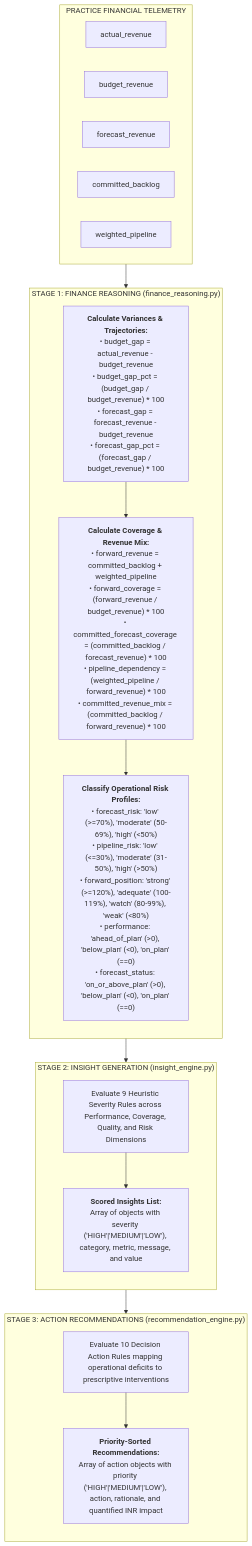
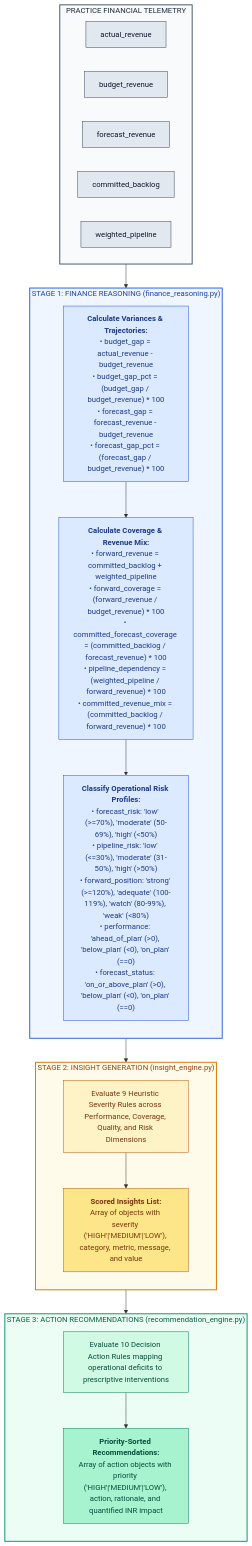
Before and after one commit to VED-VIVEK-TALMALEY/x-fin: the fifth of 7 diagrams in README.md, drawn with Mermaid. The commit also changed other lines of this file and 6 other files, not shown here.

````diff
--- a/README.md
+++ b/README.md
@@ -167,34 +240,55 @@
 ```mermaid
 flowchart TD
     subgraph Telemetry["PRACTICE FINANCIAL TELEMETRY"]
         D1["actual_revenue"]
         D2["budget_revenue"]
         D3["forecast_revenue"]
         D4["committed_backlog"]
         D5["weighted_pipeline"]
     end
 
     subgraph Stage1["STAGE 1: FINANCE REASONING (finance_reasoning.py)"]
         direction TB
         R1["<b>Calculate Variances & Trajectories:</b><br/>• budget_gap = actual_revenue - budget_revenue<br/>• budget_gap_pct = (budget_gap / budget_revenue) * 100<br/>• forecast_gap = forecast_revenue - budget_revenue<br/>• forecast_gap_pct = (forecast_gap / budget_revenue) * 100"]
         R2["<b>Calculate Coverage & Revenue Mix:</b><br/>• forward_revenue = committed_backlog + weighted_pipeline<br/>• forward_coverage = (forward_revenue / budget_revenue) * 100<br/>• committed_forecast_coverage = (committed_backlog / forecast_revenue) * 100<br/>• pipeline_dependency = (weighted_pipeline / forward_revenue) * 100<br/>• committed_revenue_mix = (committed_backlog / forward_revenue) * 100"]
         R3["<b>Classify Operational Risk Profiles:</b><br/>• forecast_risk: 'low' (>=70%), 'moderate' (50-69%), 'high' (<50%)<br/>• pipeline_risk: 'low' (<=30%), 'moderate' (31-50%), 'high' (>50%)<br/>• forward_position: 'strong' (>=120%), 'adequate' (100-119%), 'watch' (80-99%), 'weak' (<80%)<br/>• performance: 'ahead_of_plan' (>0), 'below_plan' (<0), 'on_plan' (==0)<br/>• forecast_status: 'on_or_above_plan' (>0), 'below_plan' (<0), 'on_plan' (==0)"]
         R1 --> R2 --> R3
     end
 
     subgraph Stage2["STAGE 2: INSIGHT GENERATION (insight_engine.py)"]
         direction TB
         I_MAP["Evaluate 9 Heuristic Severity Rules across Performance, Coverage, Quality, and Risk Dimensions"]
         I_RES["<b>Scored Insights List:</b><br/>Array of objects with severity ('HIGH'|'MEDIUM'|'LOW'), category, metric, message, and value"]
         I_MAP --> I_RES
     end
 
     subgraph Stage3["STAGE 3: ACTION RECOMMENDATIONS (recommendation_engine.py)"]
         direction TB
         REC_MAP["Evaluate 10 Decision Action Rules mapping operational deficits to prescriptive interventions"]
         REC_RES["<b>Priority-Sorted Recommendations:</b><br/>Array of action objects with priority ('HIGH'|'MEDIUM'|'LOW'), action, rationale, and quantified INR impact"]
         REC_MAP --> REC_RES
     end
 
     Telemetry --> Stage1 --> Stage2 --> Stage3
+
+    style Telemetry fill:#F8FAFC,stroke:#475569,stroke-width:2px,color:#1E293B
+    style Stage1 fill:#EFF6FF,stroke:#2563EB,stroke-width:2px,color:#1E40AF
+    style Stage2 fill:#FFFBEB,stroke:#D97706,stroke-width:2px,color:#92400E
+    style Stage3 fill:#ECFDF5,stroke:#059669,stroke-width:2px,color:#065F46
+
+    style D1 fill:#E2E8F0,stroke:#334155,stroke-width:1px,color:#0F172A
+    style D2 fill:#E2E8F0,stroke:#334155,stroke-width:1px,color:#0F172A
+    style D3 fill:#E2E8F0,stroke:#334155,stroke-width:1px,color:#0F172A
+    style D4 fill:#E2E8F0,stroke:#334155,stroke-width:1px,color:#0F172A
+    style D5 fill:#E2E8F0,stroke:#334155,stroke-width:1px,color:#0F172A
+
+    style R1 fill:#DBEAFE,stroke:#1D4ED8,stroke-width:1px,color:#1E3A8A
+    style R2 fill:#DBEAFE,stroke:#1D4ED8,stroke-width:1px,color:#1E3A8A
+    style R3 fill:#DBEAFE,stroke:#1D4ED8,stroke-width:1px,color:#1E3A8A
+
+    style I_MAP fill:#FEF3C7,stroke:#B45309,stroke-width:1px,color:#78350F
+    style I_RES fill:#FDE68A,stroke:#B45309,stroke-width:1px,color:#78350F
+
+    style REC_MAP fill:#D1FAE5,stroke:#047857,stroke-width:1px,color:#064E3B
+    style REC_RES fill:#A7F3D0,stroke:#047857,stroke-width:1px,color:#064E3B
 ```
````
